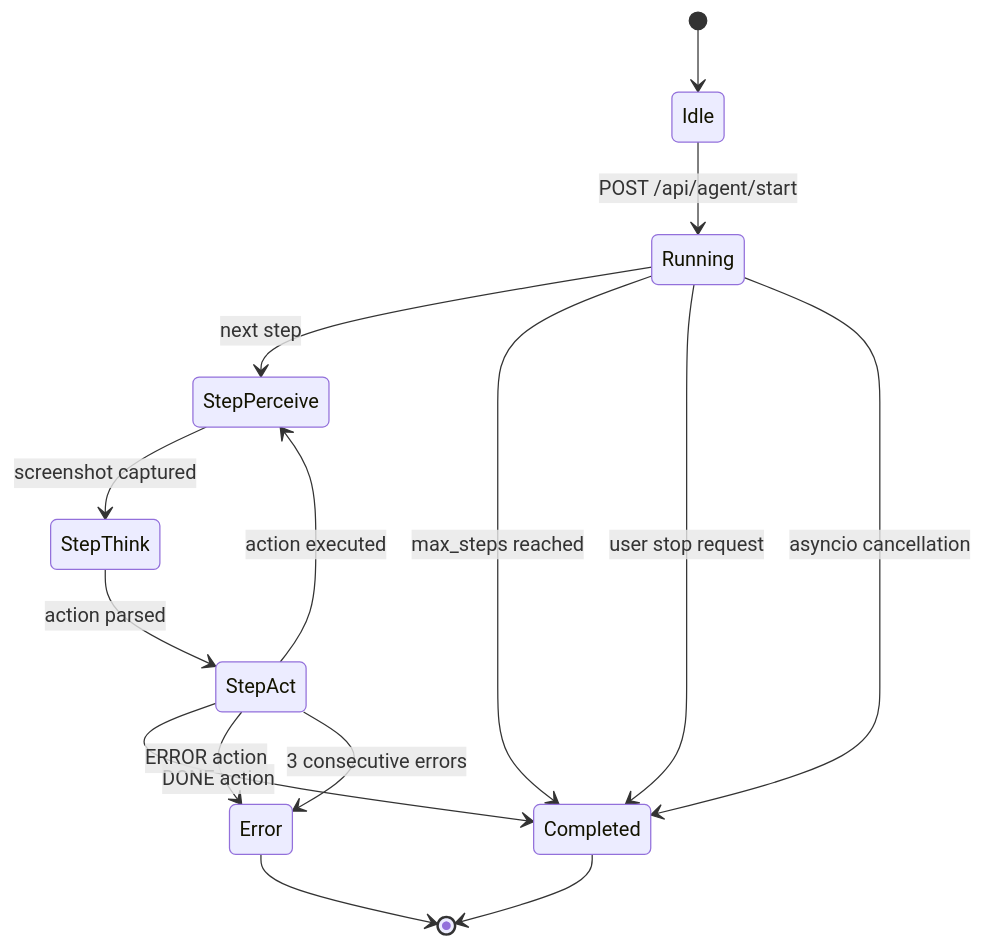
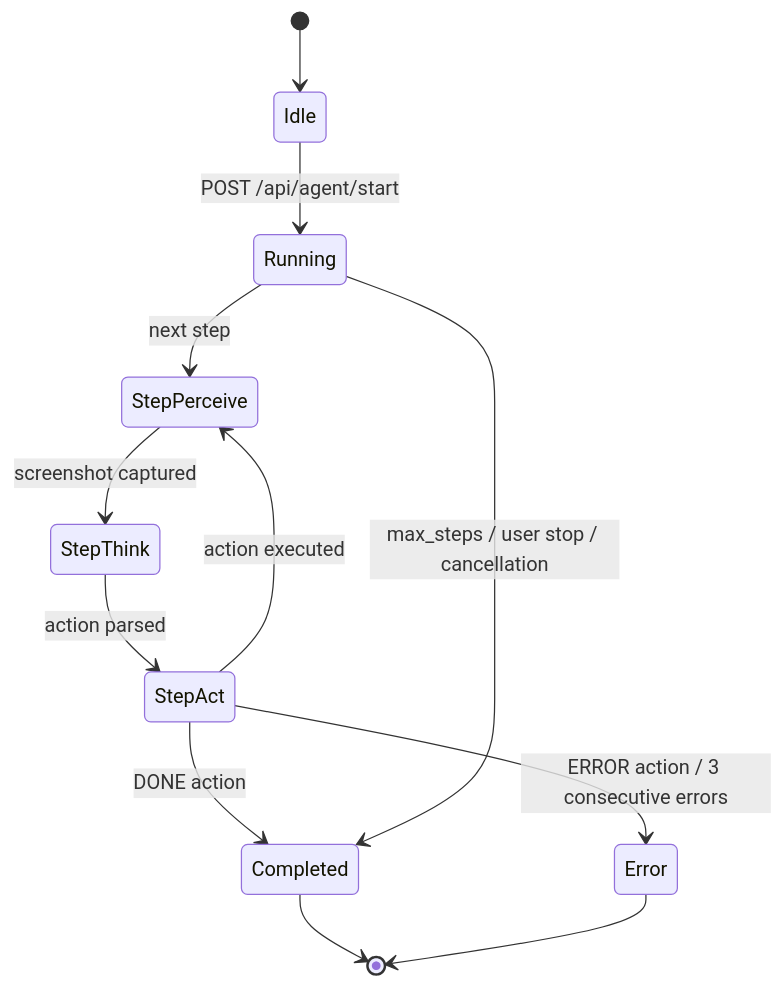
The fourth of 4 diagrams in README.md (pypi-ahmad/cua-workbench), drawn with Mermaid before and after one commit. The commit also changed other lines of this file and 33 other files, not shown here.

````diff
--- a/README.md
+++ b/README.md
@@ -314,17 +224,14 @@
 ```mermaid
 stateDiagram-v2
     [*] --> Idle
     Idle --> Running : POST /api/agent/start
     Running --> StepPerceive : next step
     StepPerceive --> StepThink : screenshot captured
     StepThink --> StepAct : action parsed
     StepAct --> StepPerceive : action executed
     StepAct --> Completed : DONE action
-    StepAct --> Error : ERROR action
-    StepAct --> Error : 3 consecutive errors
-    Running --> Completed : max_steps reached
-    Running --> Completed : user stop request
-    Running --> Completed : asyncio cancellation
+    StepAct --> Error : ERROR action / 3 consecutive errors
+    Running --> Completed : max_steps / user stop / cancellation
     Completed --> [*]
     Error --> [*]
 ```
````
